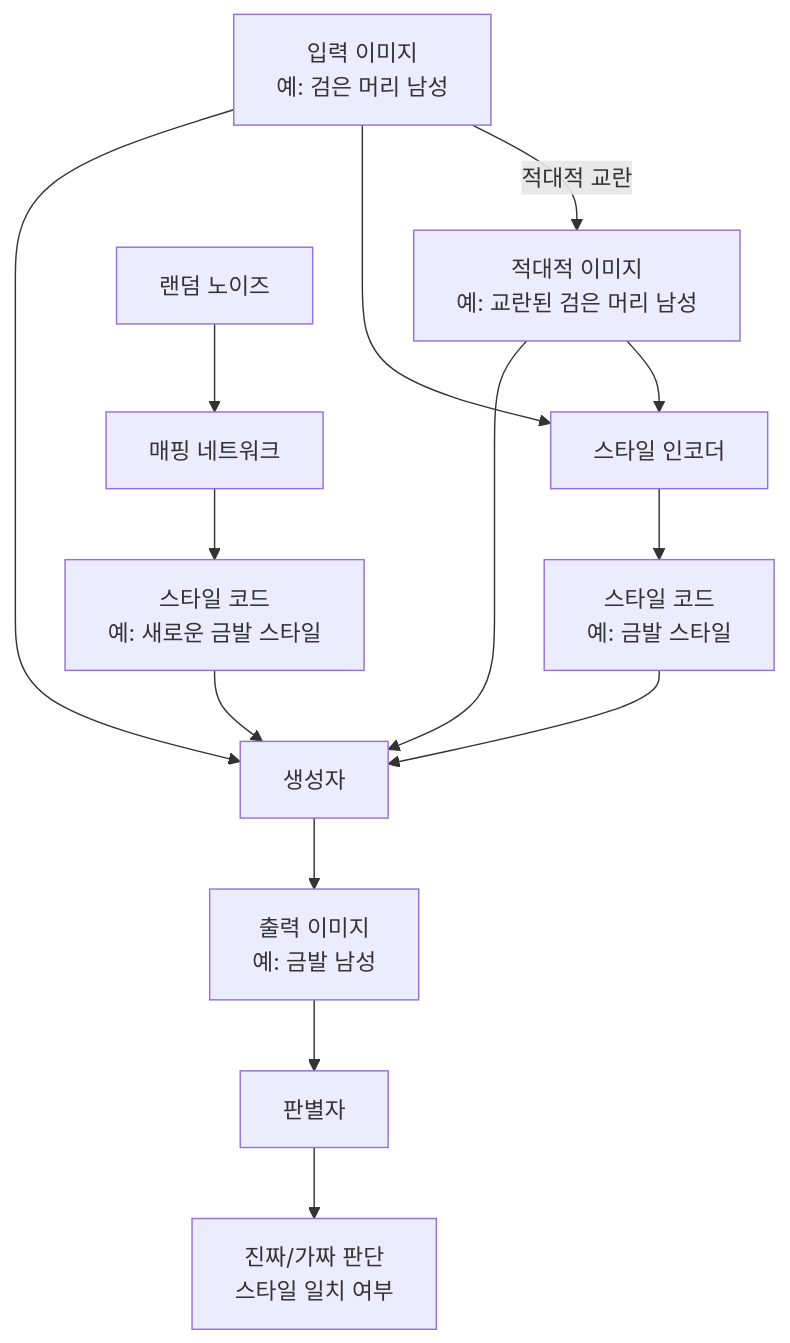
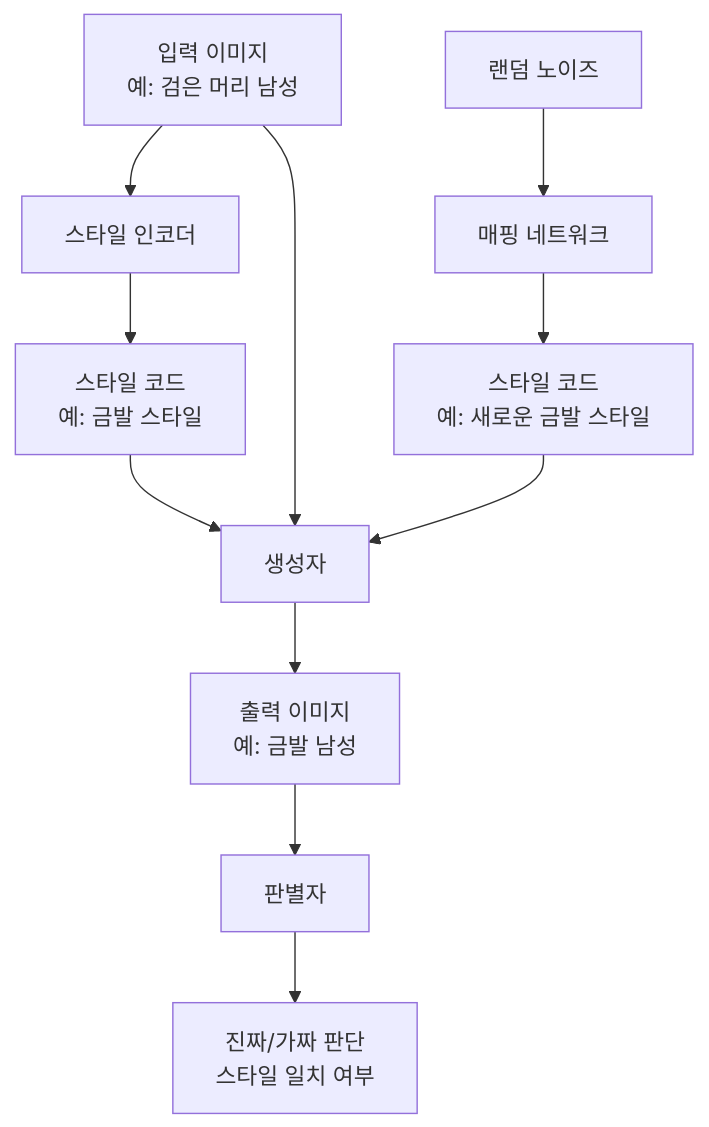
One commit to hyundairotemai2/AIFAKER changed the first of 5 diagrams in README.md. Above: the diagram before and after it, drawn with Mermaid. The commit also changed other lines of this file, not shown here.

````diff
--- a/README.md
+++ b/README.md
@@ -26,19 +26,16 @@
 ```mermaid
 graph TD
-    A[입력 이미지<br>예: 검은 머리 남성] -->|적대적 교란| A_adv[적대적 이미지<br>예: 교란된 검은 머리 남성]
-    A --> B[스타일 인코더]
-    A_adv --> B
+    A[입력 이미지<br>예: 검은 머리 남성] --> B[스타일 인코더]
     B --> C[스타일 코드<br>예: 금발 스타일]
     
     D[랜덤 노이즈] --> E[매핑 네트워크]
     E --> F[스타일 코드<br>예: 새로운 금발 스타일]
     
     C --> G[생성자]
     F --> G
     A --> G
-    A_adv --> G
     
     G --> H[출력 이미지<br>예: 금발 남성]
     H --> I[판별자]
     I --> J[진짜/가짜 판단<br>스타일 일치 여부]
 ```
````
